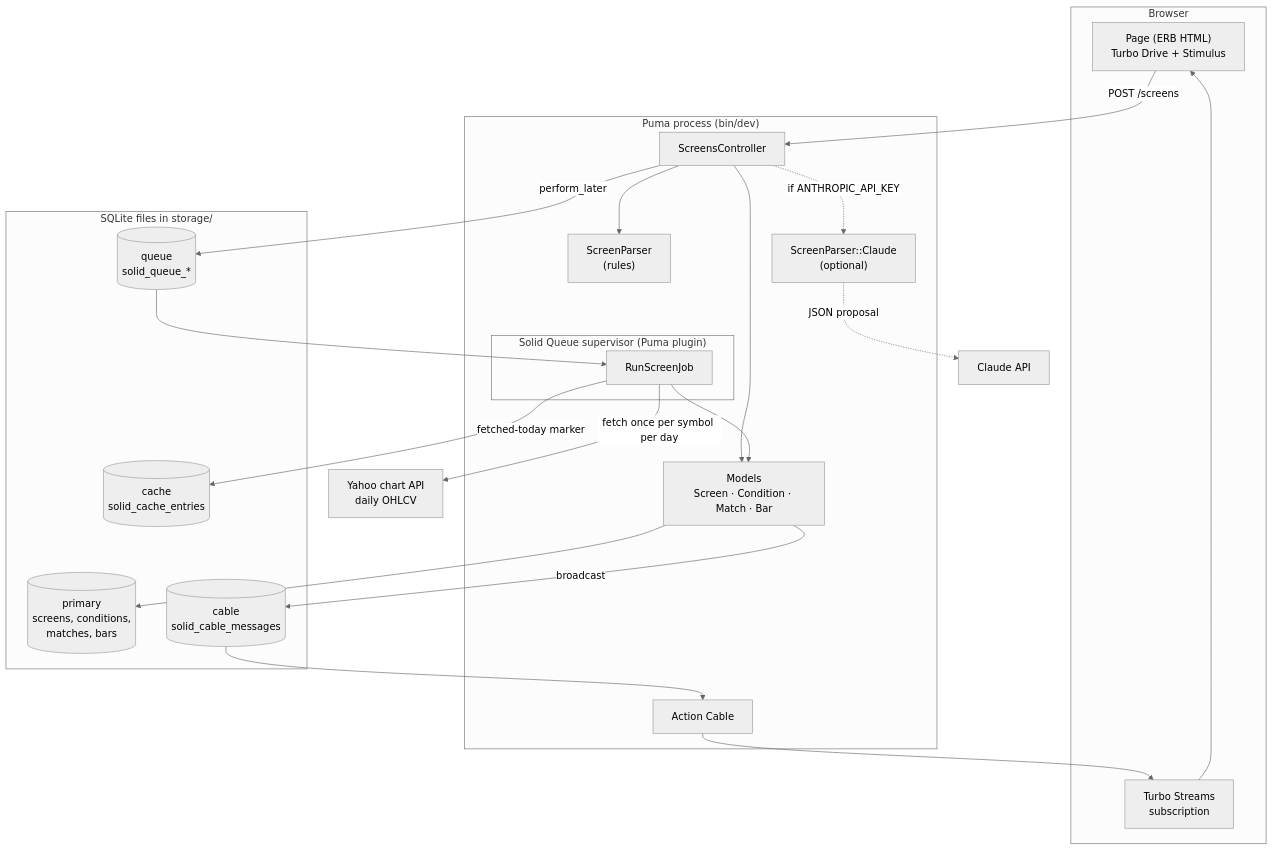
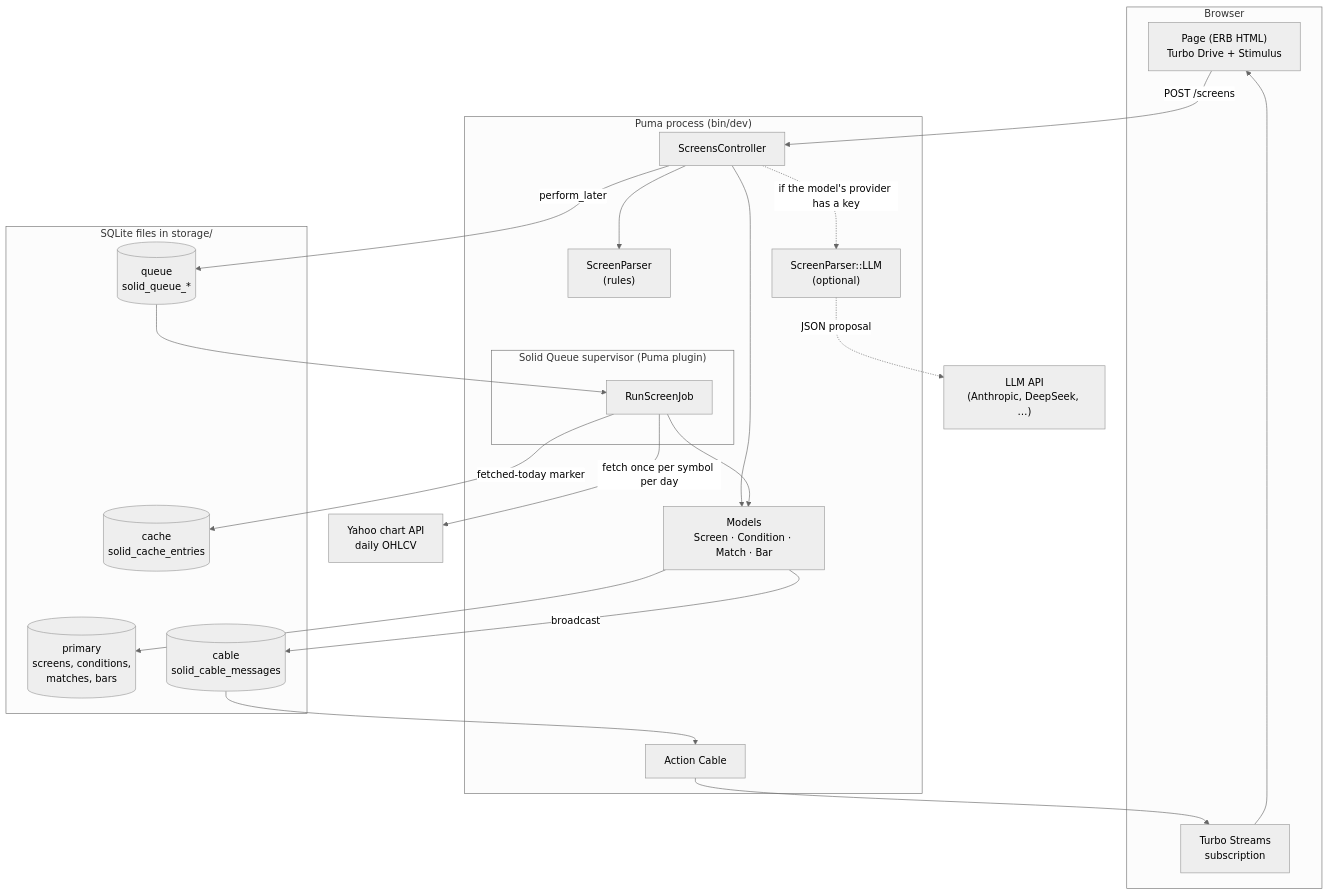
One commit to henryzhangpku/rails-nl-screen changed the first of 7 diagrams in docs/ARCHITECTURE.md. Above: the diagram before and after it, drawn with Mermaid (neutral theme). The commit also changed other lines of this file and 1 other file, not shown here.

Commit message:
Docs: the LLM parser works with any provider, DeepSeek included

````diff
--- a/docs/ARCHITECTURE.md
+++ b/docs/ARCHITECTURE.md
@@ -53,41 +53,41 @@
 ```mermaid
 flowchart TB
   subgraph Browser
     UI["Page (ERB HTML)<br/>Turbo Drive + Stimulus"]
     WS["Turbo Streams<br/>subscription"]
   end
 
   subgraph Puma["Puma process (bin/dev)"]
     C["ScreensController"]
     M["Models<br/>Screen · Condition · Match · Bar"]
     P["ScreenParser<br/>(rules)"]
-    CL["ScreenParser::Claude<br/>(optional)"]
+    CL["ScreenParser::LLM<br/>(optional)"]
     AC["Action Cable"]
     subgraph SQ["Solid Queue supervisor (Puma plugin)"]
       J["RunScreenJob"]
     end
   end
 
   subgraph SQLite["SQLite files in storage/"]
     DB1[("primary<br/>screens, conditions,<br/>matches, bars")]
     DB2[("queue<br/>solid_queue_*")]
     DB3[("cache<br/>solid_cache_entries")]
     DB4[("cable<br/>solid_cable_messages")]
   end
 
   Y["Yahoo chart API<br/>daily OHLCV"]
-  A["Claude API"]
+  A["LLM API<br/>(Anthropic, DeepSeek, …)"]
 
   UI -- "POST /screens" --> C
   C --> P
-  C -. "if ANTHROPIC_API_KEY" .-> CL
+  C -. "if the model's provider has a key" .-> CL
   CL -. "JSON proposal" .-> A
   C --> M --> DB1
   C -- "perform_later" --> DB2
   DB2 --> J
   J --> M
   J -- "fetch once per symbol per day" --> Y
   J -- "fetched-today marker" --> DB3
   M -- "broadcast" --> DB4
   DB4 --> AC --> WS --> UI
 ```
````
